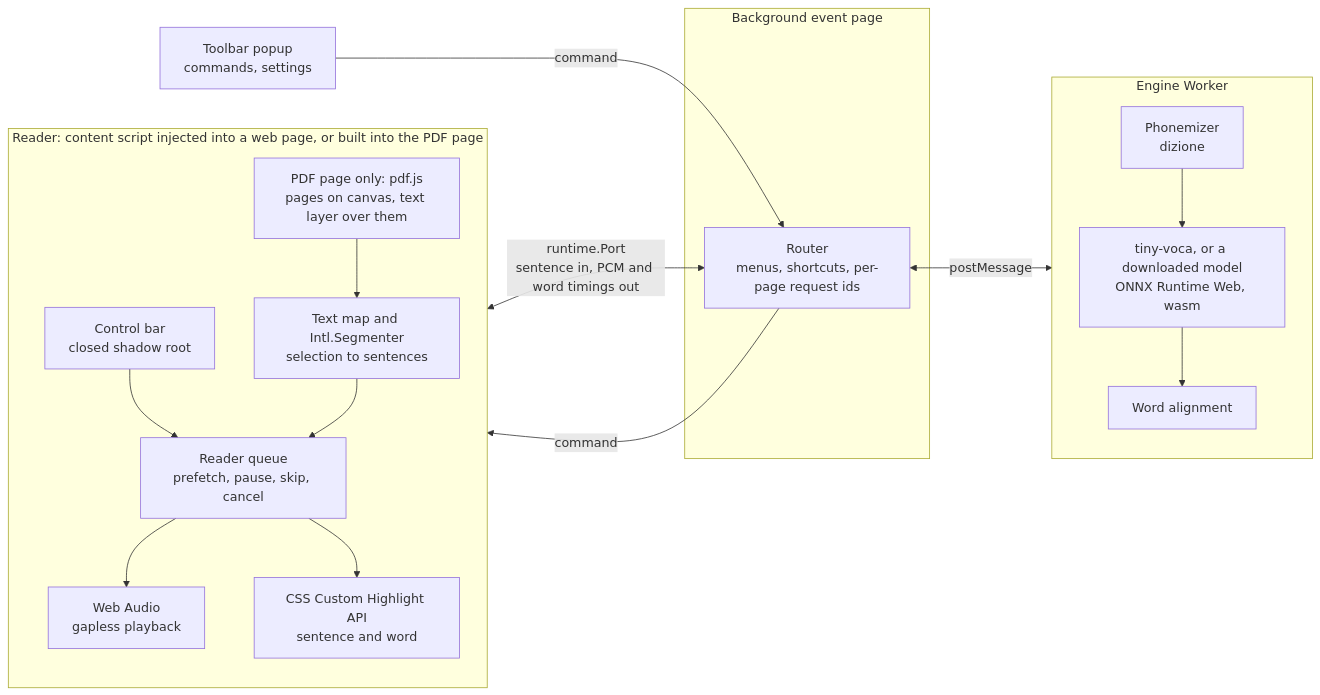
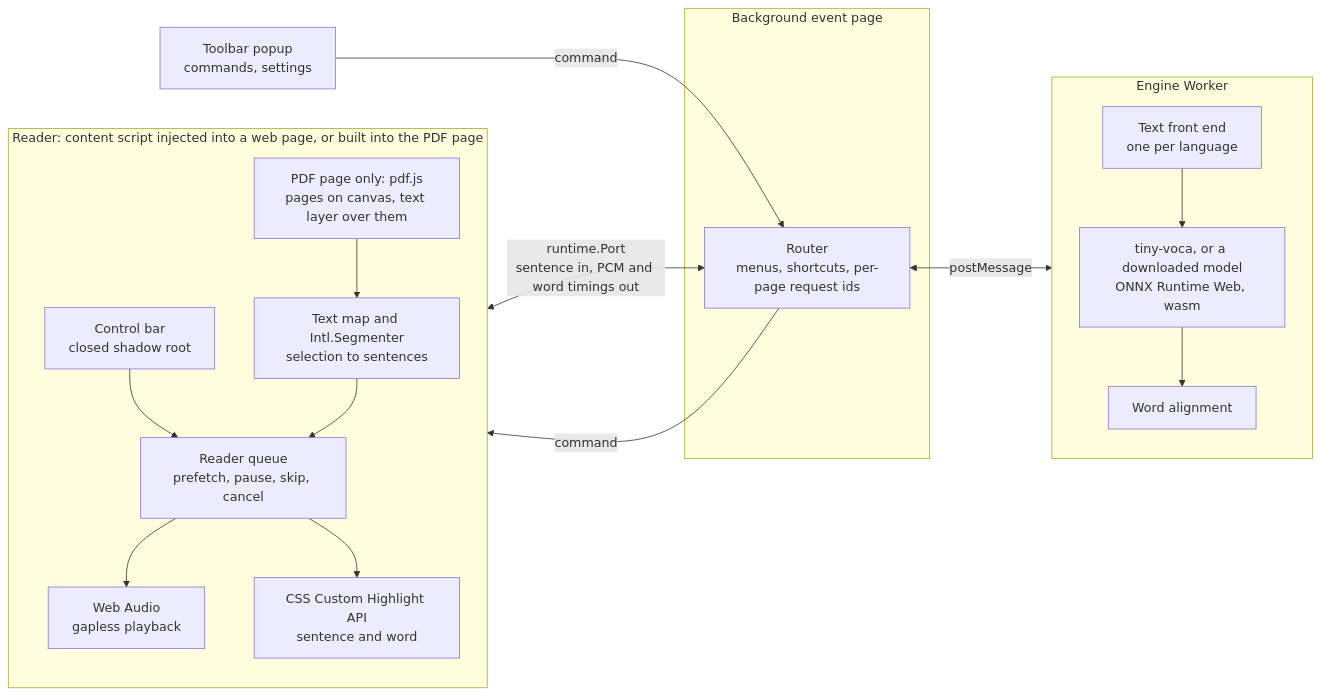
The diagram in docs/ARCHITECTURE.md (GitThisJoel/tiny-reader), drawn with Mermaid before and after one commit. The commit also changed other lines of this file and 6 other files, not shown here.

````diff
--- a/docs/ARCHITECTURE.md
+++ b/docs/ARCHITECTURE.md
@@ -5,36 +5,36 @@
 ```mermaid
 flowchart LR
   subgraph page["Reader: content script injected into a web page, or built into the PDF page"]
     direction TB
     pdf["PDF page only: pdf.js<br/>pages on canvas, text layer over them"]
     bar["Control bar<br/>closed shadow root"]
     text["Text map and Intl.Segmenter<br/>selection to sentences"]
     pdf --> text
     reader["Reader queue<br/>prefetch, pause, skip, cancel"]
     audio["Web Audio<br/>gapless playback"]
     marks["CSS Custom Highlight API<br/>sentence and word"]
     bar --> reader
     text --> reader
     reader --> audio
     reader --> marks
   end
 
   subgraph background["Background event page"]
     router["Router<br/>menus, shortcuts, per-page request ids"]
   end
 
   popup["Toolbar popup<br/>commands, settings"]
 
   subgraph worker["Engine Worker"]
     direction TB
-    phonemizer["Phonemizer<br/>dizione"]
+    phonemizer["Text front end<br/>one per language"]
     model["tiny-voca, or a downloaded model<br/>ONNX Runtime Web, wasm"]
     align["Word alignment"]
     phonemizer --> model --> align
   end
 
   reader <-->|"runtime.Port<br/>sentence in, PCM and word timings out"| router
   router <-->|"postMessage"| worker
   popup -->|"command"| router
   router -->|"command"| bar
 ```
````
